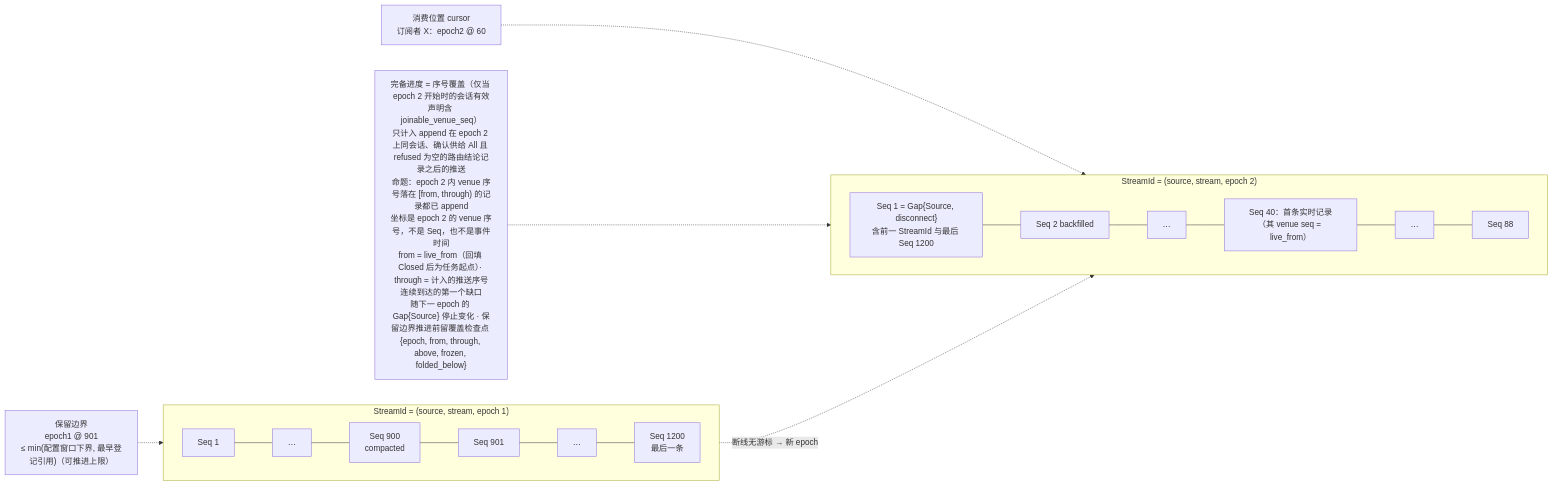
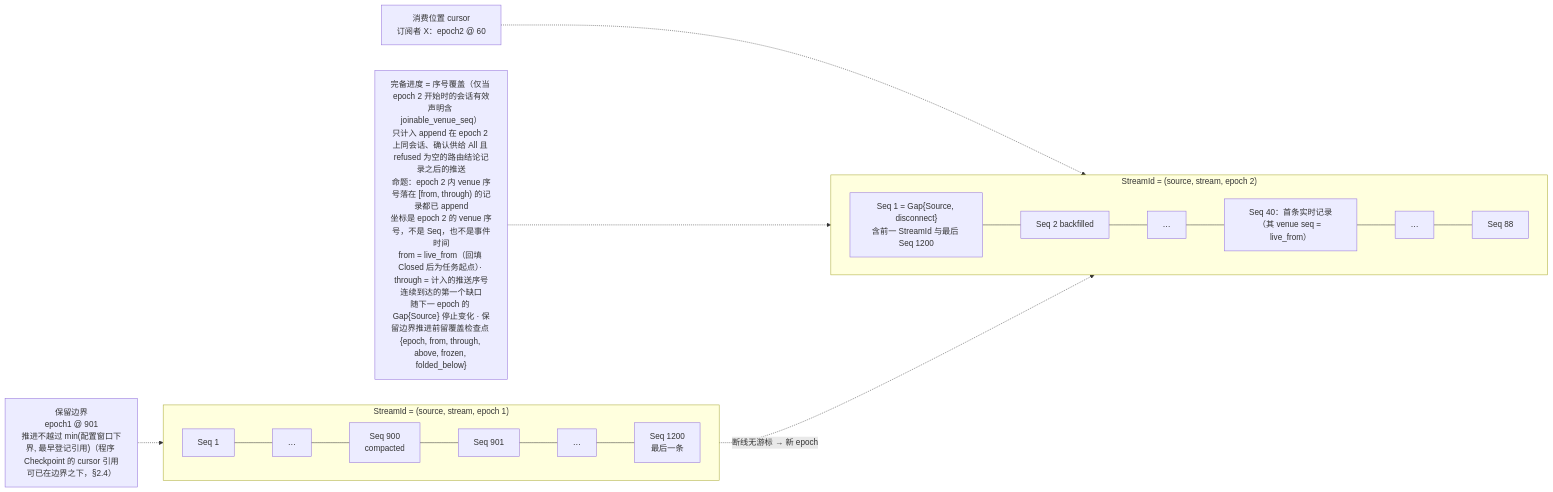
Before and after one commit to mouriya-s-lab/uta: the second of 4 diagrams in design/diagrams/02-record-model.md, drawn with Mermaid. The commit also changed 14 other files, not shown here.

````diff
--- a/design/diagrams/02-record-model.md
+++ b/design/diagrams/02-record-model.md
@@ -44,15 +44,15 @@
 ```mermaid
 flowchart LR
   subgraph E1["StreamId = (source, stream, epoch 1)"]
     direction LR
     A1["Seq 1"] --- A2["…"] --- A3["Seq 900<br/>compacted"] --- A4["Seq 901"] --- A5["…"] --- A6["Seq 1200<br/>最后一条"]
   end
   subgraph E2["StreamId = (source, stream, epoch 2)"]
     direction LR
     B0["Seq 1 = Gap{Source, disconnect}<br/>含前一 StreamId 与最后 Seq 1200"] --- B1["Seq 2 backfilled"] --- B2["…"] --- B3["Seq 40：首条实时记录<br/>（其 venue seq = live_from）"] --- B4["…"] --- B5["Seq 88"]
   end
   A6 -.->|"断线无游标 → 新 epoch"| B0
-  RET["保留边界<br/>epoch1 @ 901<br/>≤ min(配置窗口下界, 最早登记引用)（可推进上限）"] -.-> A4
+  RET["保留边界<br/>epoch1 @ 901<br/>推进不越过 min(配置窗口下界, 最早登记引用)（程序 Checkpoint 的 cursor 引用可已在边界之下，§2.4）"] -.-> A4
   CUR["消费位置 cursor<br/>订阅者 X：epoch2 @ 60"] -.-> B4
   COV["完备进度 = 序号覆盖（仅当 epoch 2 开始时的会话有效声明含 joinable_venue_seq）<br/>只计入 append 在 epoch 2 上同会话、确认供给 All 且 refused 为空的路由结论记录之后的推送<br/>命题：epoch 2 内 venue 序号落在 [from, through) 的记录都已 append<br/>坐标是 epoch 2 的 venue 序号，不是 Seq，也不是事件时间<br/>from = live_from（回填 Closed 后为任务起点）· through = 计入的推送序号连续到达的第一个缺口<br/>随下一 epoch 的 Gap{Source} 停止变化 · 保留边界推进前留覆盖检查点 {epoch, from, through, above, frozen, folded_below}"] -.-> B3
 ```
````
